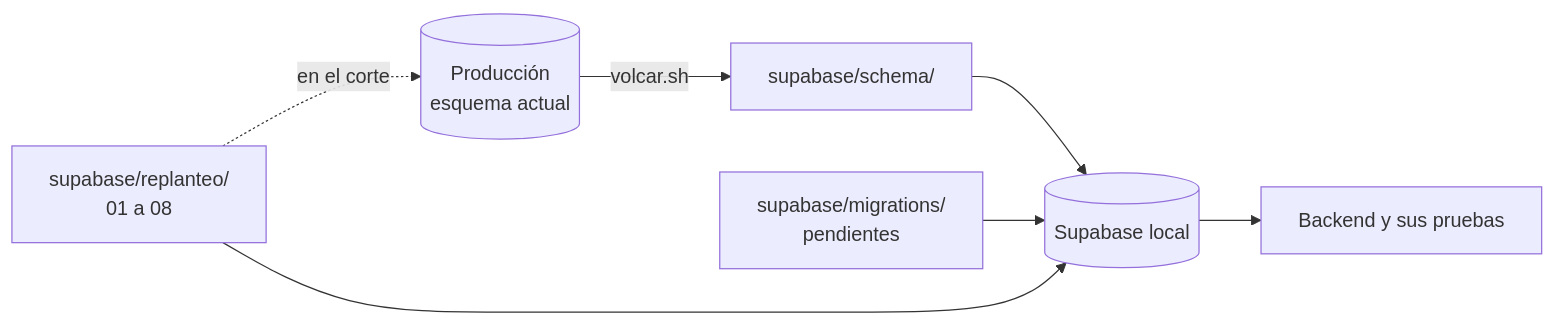
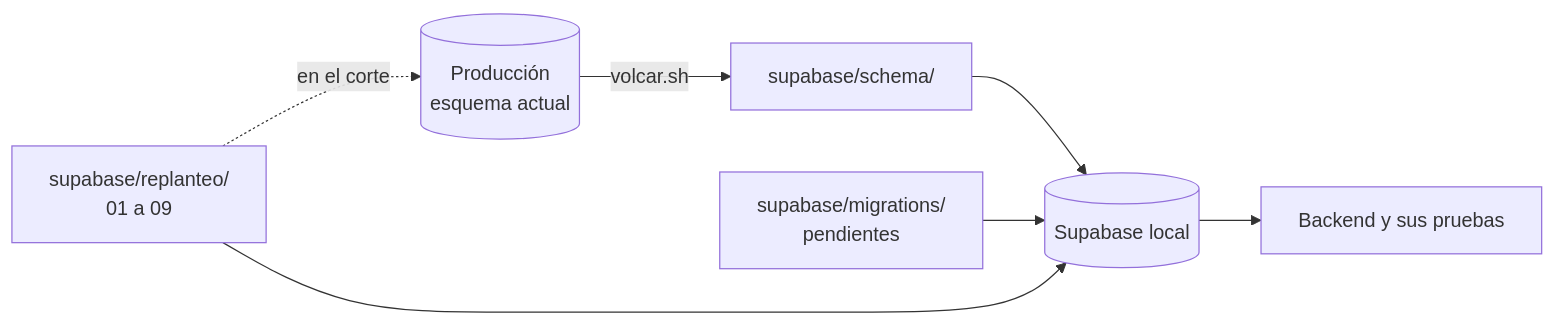
One commit to mchssj/v34frag changed the diagram in docs/bitacora/2026-10-14-replanteo-modelo-datos/DOCUMENTACION.md. Above: the diagram before and after it, drawn with Mermaid. The commit also changed other lines of this file and 9 other files, not shown here.

````diff
--- a/docs/bitacora/2026-10-14-replanteo-modelo-datos/DOCUMENTACION.md
+++ b/docs/bitacora/2026-10-14-replanteo-modelo-datos/DOCUMENTACION.md
@@ -11,9 +11,9 @@
 ```mermaid
 flowchart LR
   P[(Producción<br/>esquema actual)] -- volcar.sh --> S[supabase/schema/]
   S --> L[(Supabase local)]
   M[supabase/migrations/<br/>pendientes] --> L
-  R[supabase/replanteo/<br/>01 a 08] --> L
+  R[supabase/replanteo/<br/>01 a 09] --> L
   L --> B[Backend y sus pruebas]
   R -. en el corte .-> P
 ```
````
